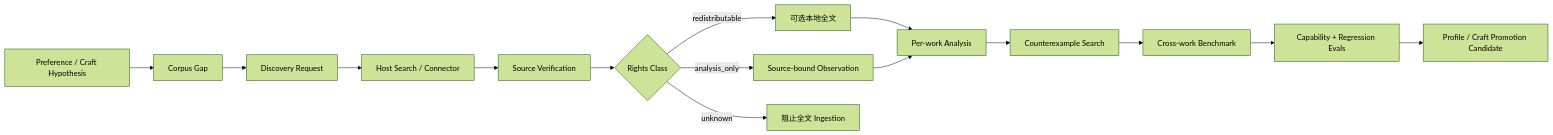
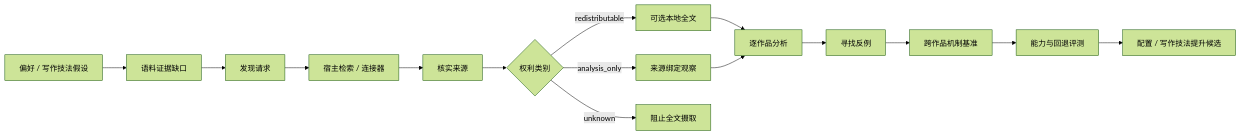
The diagram in corpus/README.zh-CN.md (xiaooye/Quillframe), drawn with Mermaid (forest theme) before and after one commit. The commit also changed other lines of this file and 292 other files, not shown here.

````diff
--- a/corpus/README.zh-CN.md
+++ b/corpus/README.zh-CN.md
@@ -5,17 +7,17 @@
 ```mermaid
 flowchart LR
-    H[Preference / Craft Hypothesis] --> G[Corpus Gap]
-    G --> D[Discovery Request]
-    D --> S[Host Search / Connector]
-    S --> V[Source Verification]
-    V --> R{Rights Class}
+    H[偏好 / 写作技法假设] --> G[语料证据缺口]
+    G --> D[发现请求]
+    D --> S[宿主检索 / 连接器]
+    S --> V[核实来源]
+    V --> R{权利类别}
     R -- redistributable --> T[可选本地全文]
-    R -- analysis_only --> O[Source-bound Observation]
-    R -- unknown --> B[阻止全文 Ingestion]
-    T --> A[Per-work Analysis]
+    R -- analysis_only --> O[来源绑定观察]
+    R -- unknown --> B[阻止全文摄取]
+    T --> A[逐作品分析]
     O --> A
-    A --> C[Counterexample Search]
-    C --> X[Cross-work Benchmark]
-    X --> E[Capability + Regression Evals]
-    E --> P[Profile / Craft Promotion Candidate]
+    A --> C[寻找反例]
+    C --> X[跨作品机制基准]
+    X --> E[能力与回退评测]
+    E --> P[配置 / 写作技法提升候选]
 ```
````
